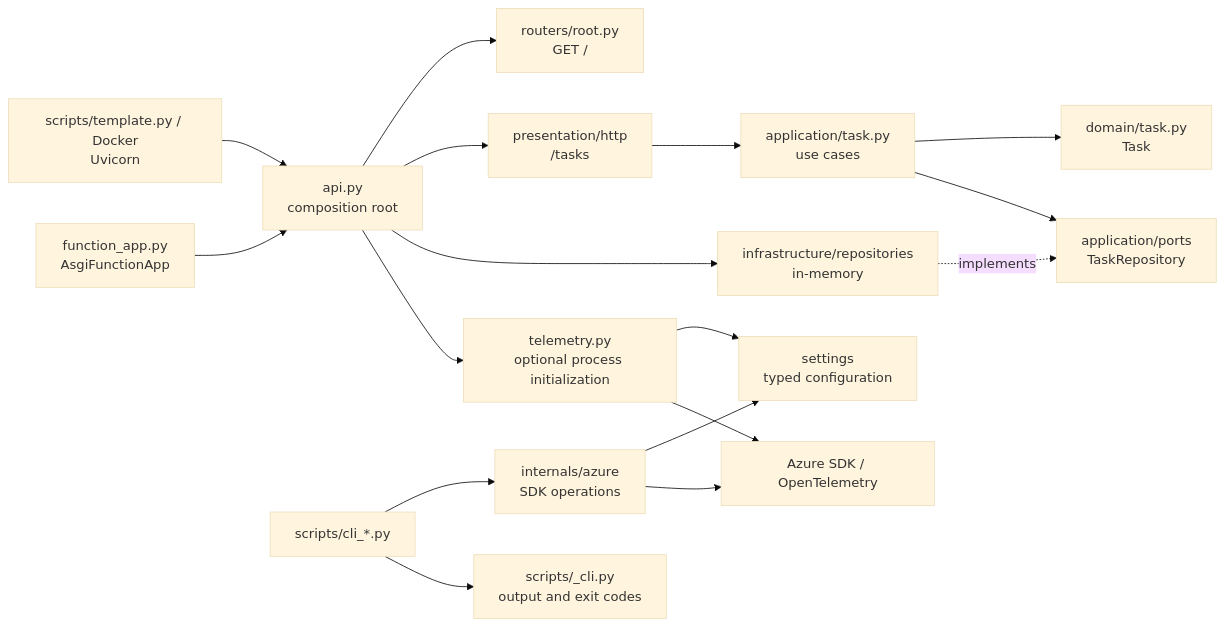
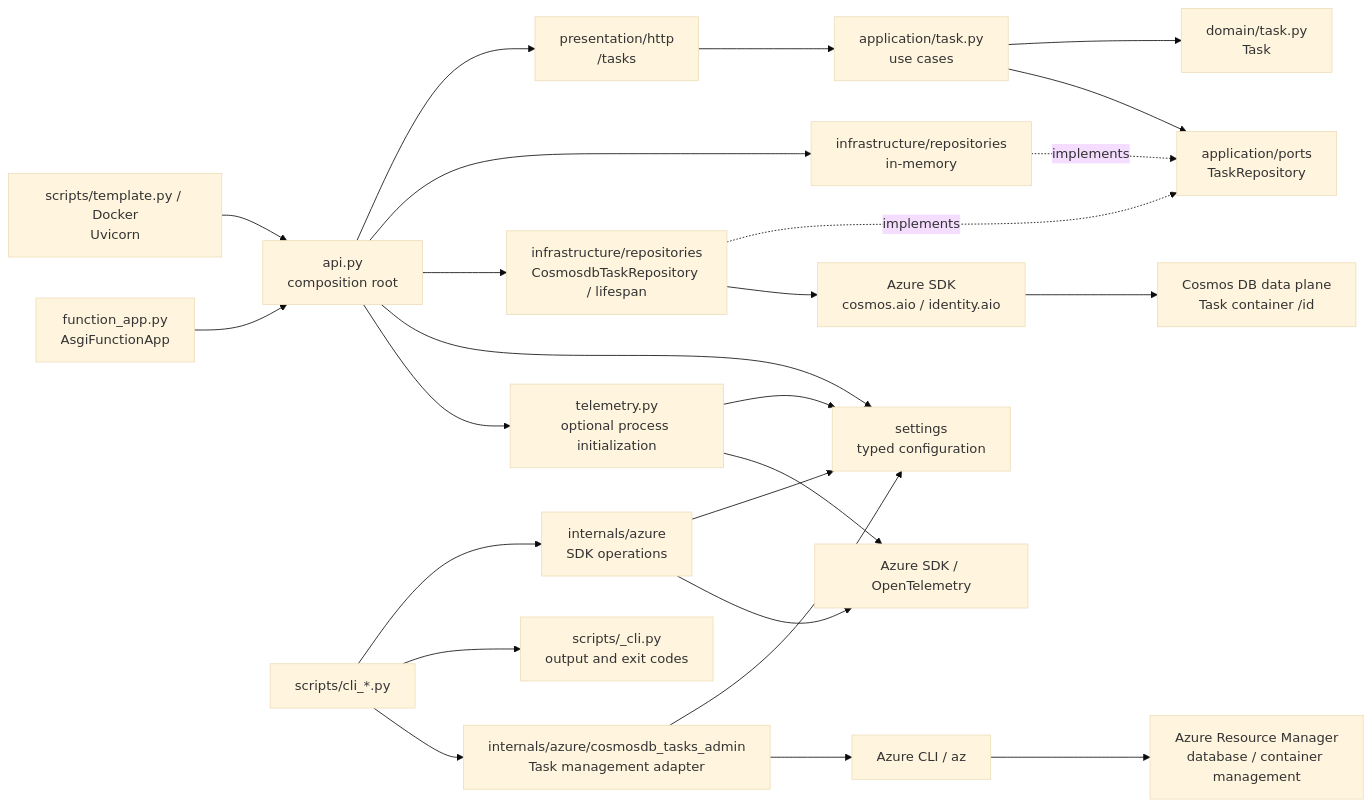
One commit to ks6088ts-labs/template-azure-python changed the diagram in docs/architecture/index.md. Above: the diagram before and after it, drawn with Mermaid (base theme). The commit also changed other lines of this file and 39 other files, not shown here.

First line of the commit message:
feat: Refactor task management to support multiple repository backends

````diff
--- a/docs/architecture/index.md
+++ b/docs/architecture/index.md
@@ -30,19 +31,27 @@
 ```mermaid
 flowchart LR
     launcher["scripts/template.py / Docker<br/>Uvicorn"] --> api["api.py<br/>composition root"]
     functions["function_app.py<br/>AsgiFunctionApp"] --> api
-    api --> root["routers/root.py<br/>GET /"]
     api --> http["presentation/http<br/>/tasks"]
     http --> usecases["application/task.py<br/>use cases"]
     usecases --> domain["domain/task.py<br/>Task"]
     usecases --> port["application/ports<br/>TaskRepository"]
     api --> memory["infrastructure/repositories<br/>in-memory"]
     memory -. implements .-> port
+    api --> cosmos["infrastructure/repositories<br/>CosmosdbTaskRepository / lifespan"]
+    cosmos -. implements .-> port
+    cosmos --> cosmossdk["Azure SDK<br/>cosmos.aio / identity.aio"]
+    cosmossdk --> data["Cosmos DB data plane<br/>Task container /id"]
+    api --> settings
     api --> telemetry["telemetry.py<br/>optional process initialization"]
     cli["scripts/cli_*.py"] --> operations["internals/azure<br/>SDK operations"]
     cli --> output["scripts/_cli.py<br/>output and exit codes"]
     operations --> settings["settings<br/>typed configuration"]
     operations --> sdk["Azure SDK / OpenTelemetry"]
+    cli --> admin["internals/azure/cosmosdb_tasks_admin<br/>Task management adapter"]
+    admin --> settings
+    admin --> az["Azure CLI / az"]
+    az --> arm["Azure Resource Manager<br/>database / container management"]
     telemetry --> settings
     telemetry --> sdk
 ```
````
